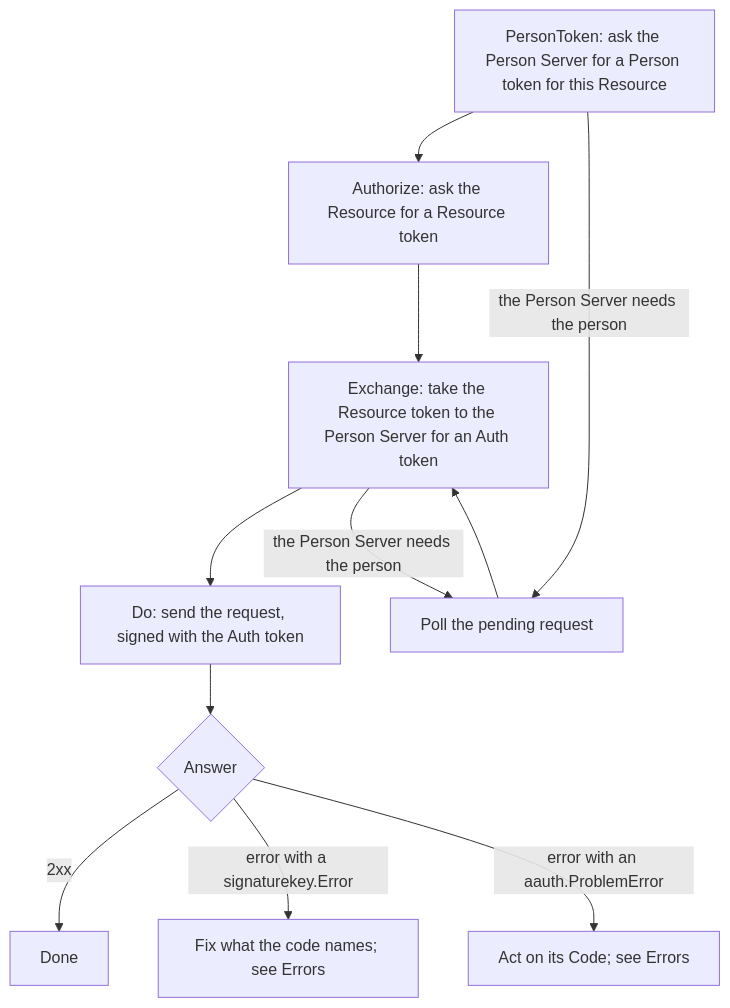
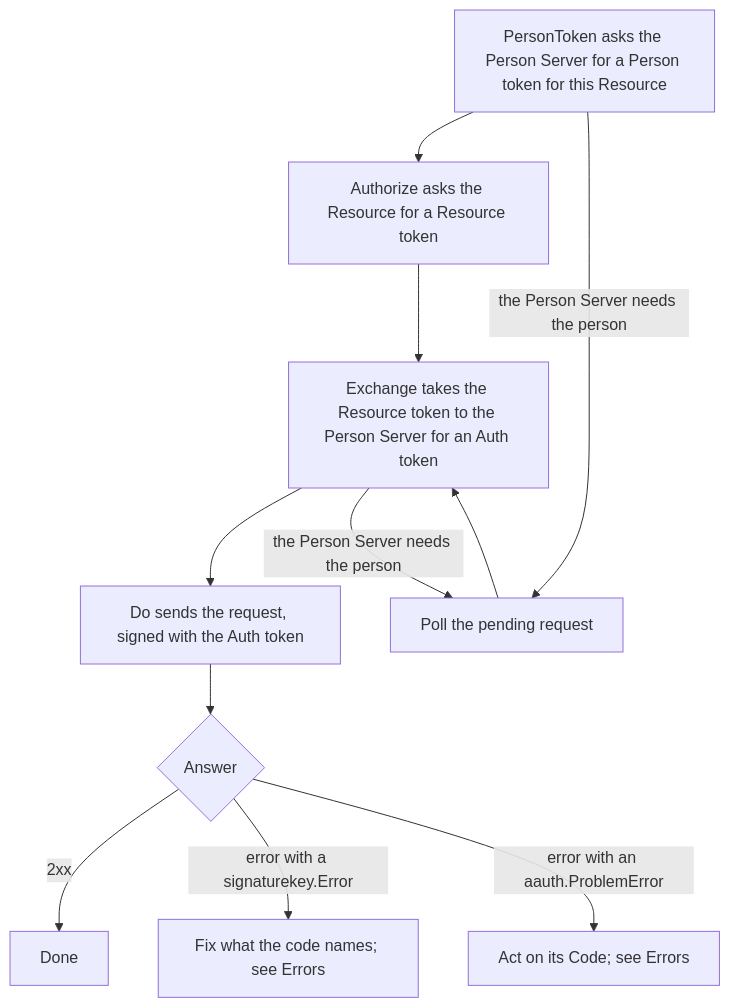
Before and after one commit to sidecat-dev/aauth-go: the diagram in docs/roles/agent.md, drawn with Mermaid. The commit also changed 14 other files, not shown here.

First line of the commit message:
docs: make every mermaid diagram render on GitLab

````diff
--- a/docs/roles/agent.md
+++ b/docs/roles/agent.md
@@ -20,13 +20,13 @@
 ```mermaid
 flowchart TD
-    A[PersonToken: ask the Person Server for a Person token for this Resource] --> B[Authorize: ask the Resource for a Resource token]
-    B --> C[Exchange: take the Resource token to the Person Server for an Auth token]
-    C --> D[Do: send the request, signed with the Auth token]
+    A[PersonToken asks the Person Server for a Person token for this Resource] --> B[Authorize asks the Resource for a Resource token]
+    B --> C[Exchange takes the Resource token to the Person Server for an Auth token]
+    C --> D[Do sends the request, signed with the Auth token]
     D --> E{Answer}
     E -->|2xx| F[Done]
     E -->|error with a signaturekey.Error| G[Fix what the code names; see Errors]
     E -->|error with an aauth.ProblemError| H[Act on its Code; see Errors]
     A -->|the Person Server needs the person| P[Poll the pending request]
     C -->|the Person Server needs the person| P
     P --> C
 ```
````
